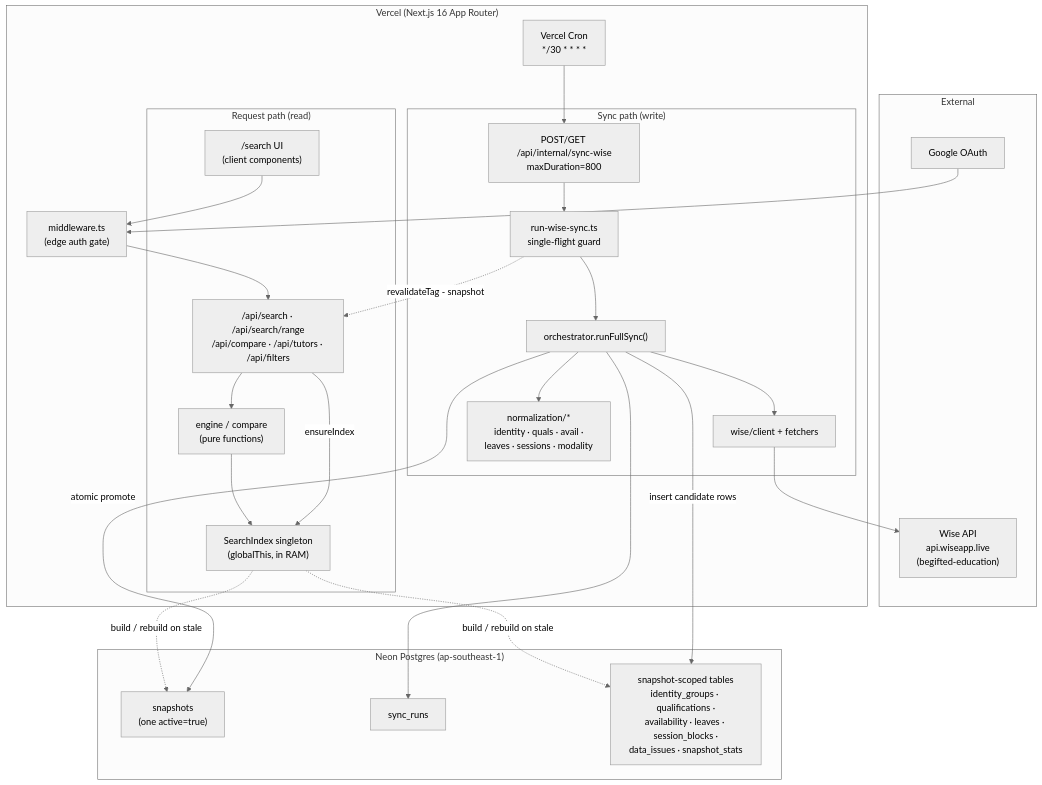
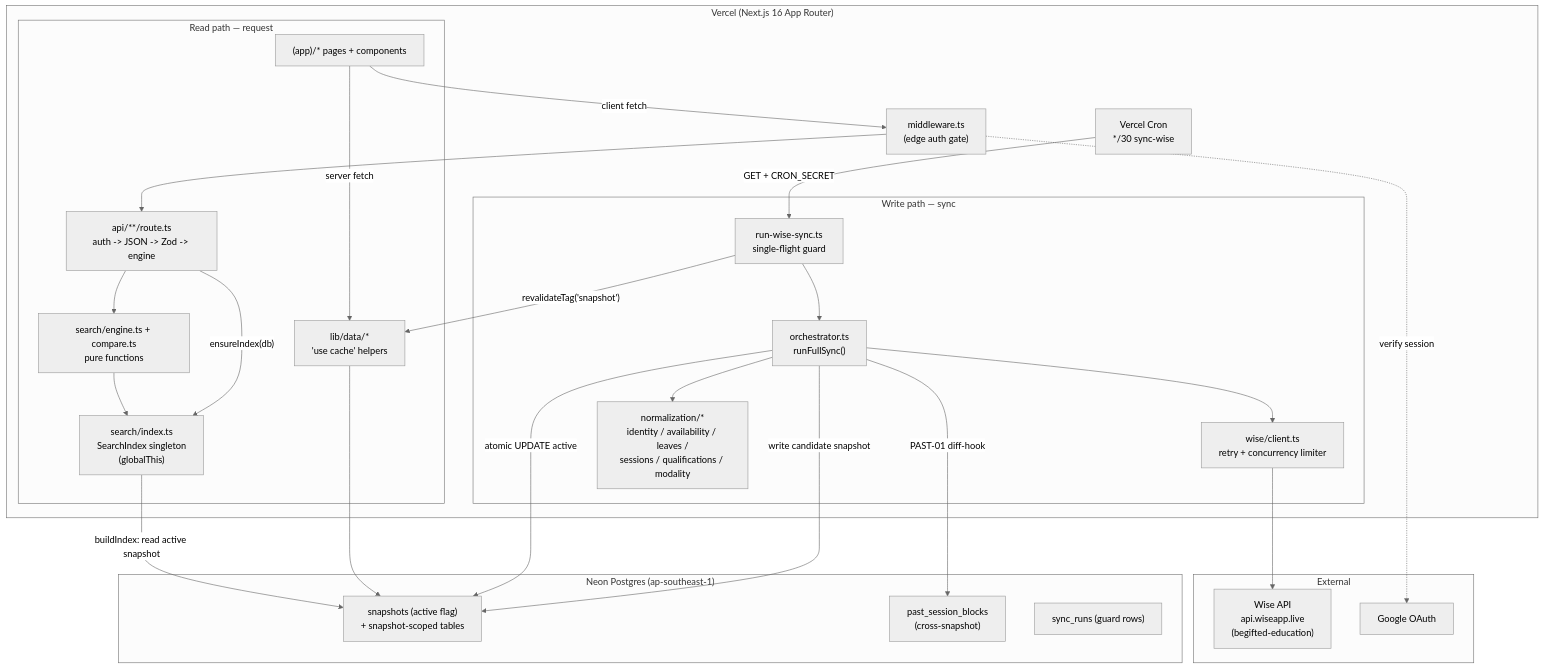
The diagram in docs/handbook/architecture.md (kasheesh711/bgscheduler), drawn with Mermaid (neutral theme) before and after one commit. The commit also changed other lines of this file and 63 other files, not shown here.

````diff
--- a/docs/handbook/architecture.md
+++ b/docs/handbook/architecture.md
@@ -31,49 +32,50 @@
 ```mermaid
 flowchart TB
     subgraph external["External"]
-        Wise["Wise API\napi.wiseapp.live\n(begifted-education)"]
+        Wise["Wise API<br/>api.wiseapp.live<br/>(begifted-education)"]
         Google["Google OAuth"]
     end
 
     subgraph vercel["Vercel (Next.js 16 App Router)"]
-        Cron["Vercel Cron\n*/30 * * * *"]
-        MW["middleware.ts\n(edge auth gate)"]
+        Cron["Vercel Cron<br/>*/30 sync-wise"]
+        MW["middleware.ts<br/>(edge auth gate)"]
 
-        subgraph sync["Sync path (write)"]
-            SyncRoute["POST/GET /api/internal/sync-wise\nmaxDuration=800"]
-            Runner["run-wise-sync.ts\nsingle-flight guard"]
-            Orch["orchestrator.runFullSync()"]
-            WiseClient["wise/client + fetchers"]
-            Norm["normalization/*\nidentity · quals · avail ·\nleaves · sessions · modality"]
+        subgraph syncpath["Write path — sync"]
+            Runner["run-wise-sync.ts<br/>single-flight guard"]
+            Orch["orchestrator.ts<br/>runFullSync()"]
+            WiseClient["wise/client.ts<br/>retry + concurrency limiter"]
+            Norm["normalization/*<br/>identity / availability / leaves /<br/>sessions / qualifications / modality"]
         end
 
-        subgraph read["Request path (read)"]
-            ApiRead["/api/search · /api/search/range\n/api/compare · /api/tutors · /api/filters"]
-            Index["SearchIndex singleton\n(globalThis, in RAM)"]
-            Engine["engine / compare\n(pure functions)"]
-            UI["/search UI\n(client components)"]
+        subgraph readpath["Read path — request"]
+            API["api/**/route.ts<br/>auth -> JSON -> Zod -> engine"]
+            DataLayer["lib/data/*<br/>'use cache' helpers"]
+            Index["search/index.ts<br/>SearchIndex singleton<br/>(globalThis)"]
+            Engine["search/engine.ts + compare.ts<br/>pure functions"]
+            UI["(app)/* pages + components"]
         end
     end
 
     subgraph pg["Neon Postgres (ap-southeast-1)"]
-        Snap["snapshots\n(one active=true)"]
-        SyncRuns["sync_runs"]
-        Tables["snapshot-scoped tables\nidentity_groups · qualifications ·\navailability · leaves · session_blocks ·\ndata_issues · snapshot_stats"]
+        Snap["snapshots (active flag)<br/>+ snapshot-scoped tables"]
+        Past["past_session_blocks<br/>(cross-snapshot)"]
+        SyncRuns["sync_runs (guard rows)"]
     end
 
-    Cron --> SyncRoute --> Runner --> Orch
+    Cron -->|"GET + CRON_SECRET"| Runner
+    Runner --> Orch
     Orch --> WiseClient --> Wise
     Orch --> Norm
-    Orch -->|insert candidate rows| Tables
-    Orch -->|atomic promote| Snap
-    Orch --> SyncRuns
+    Orch -->|"write candidate snapshot"| Snap
+    Orch -->|"PAST-01 diff-hook"| Past
+    Orch -->|"atomic UPDATE active"| Snap
+    Runner -->|"revalidateTag('snapshot')"| DataLayer
 
-    Google --> MW
-    UI --> MW --> ApiRead
-    ApiRead -->|ensureIndex| Index
-    Index -.->|build / rebuild on stale| Snap
-    Index -.->|build / rebuild on stale| Tables
-    ApiRead --> Engine
+    UI -->|"server fetch"| DataLayer --> Snap
+    UI -->|"client fetch"| MW --> API
+    MW -.->|"verify session"| Google
+    API -->|"ensureIndex(db)"| Index
+    Index -->|"buildIndex: read active snapshot"| Snap
+    API --> Engine
     Engine --> Index
-    Runner -.->|revalidateTag - snapshot| ApiRead
 ```
````
